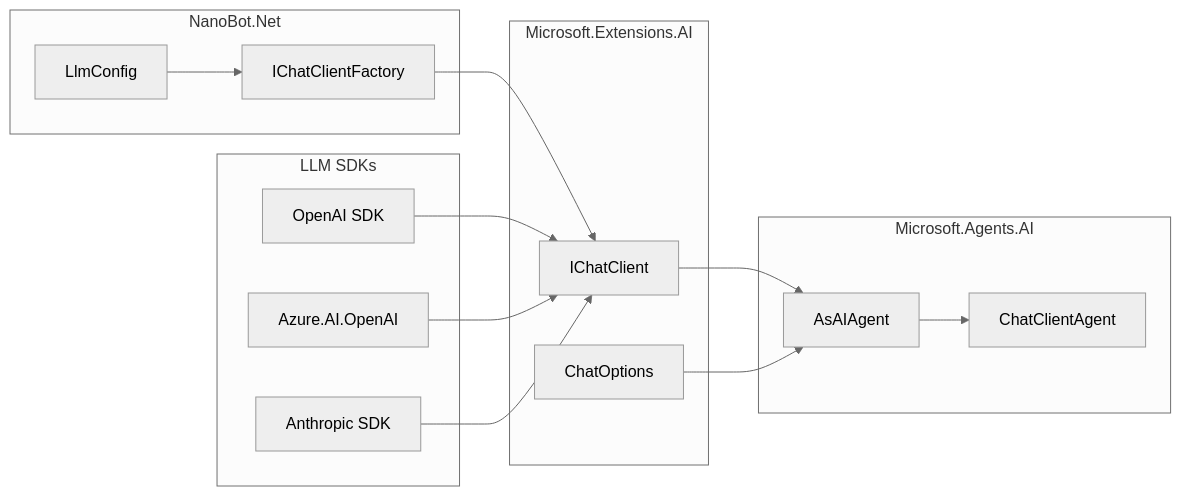
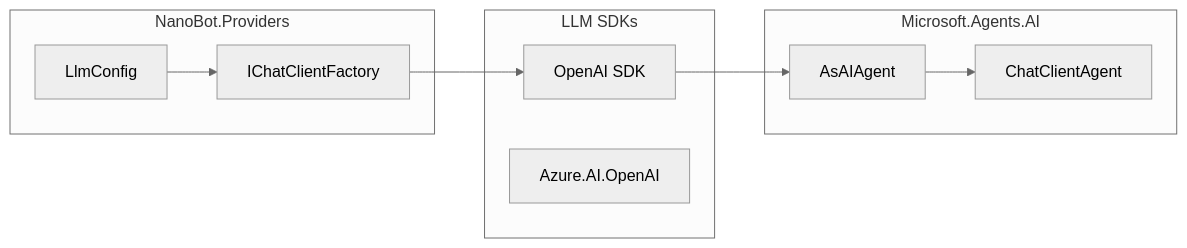
One commit to mbzcnet/NanoBot.Net changed the diagram in doc.ai/solutions/Providers.md. Above: the diagram before and after it, drawn with Mermaid (neutral theme). The commit also changed other lines of this file and 15 other files, not shown here.

````diff
--- a/doc.ai/solutions/Providers.md
+++ b/doc.ai/solutions/Providers.md
@@ -302,32 +233,22 @@
 ```mermaid
 graph LR
-    subgraph "NanoBot.Net"
+    subgraph "NanoBot.Providers"
         Config[LlmConfig]
         Factory[IChatClientFactory]
-    end
-    
-    subgraph "Microsoft.Extensions.AI"
-        IChatClient[IChatClient]
-        ChatOptions[ChatOptions]
-    end
-    
-    subgraph "Microsoft.Agents.AI"
-        AsAIAgent[AsAIAgent]
-        ChatClientAgent[ChatClientAgent]
     end
     
     subgraph "LLM SDKs"
         OpenAI[OpenAI SDK]
         Azure[Azure.AI.OpenAI]
-        Anthropic[Anthropic SDK]
+    end
+    
+    subgraph "Microsoft.Agents.AI"
+        ChatClientAgent[ChatClientAgent]
+        AsAIAgent[AsAIAgent]
     end
     
     Config --> Factory
-    Factory --> IChatClient
-    OpenAI --> IChatClient
-    Azure --> IChatClient
-    Anthropic --> IChatClient
-    IChatClient --> AsAIAgent
+    Factory --> OpenAI
+    OpenAI --> AsAIAgent
     AsAIAgent --> ChatClientAgent
-    ChatOptions --> AsAIAgent
 ```
````
